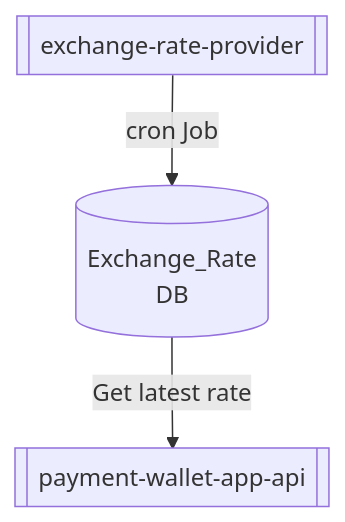
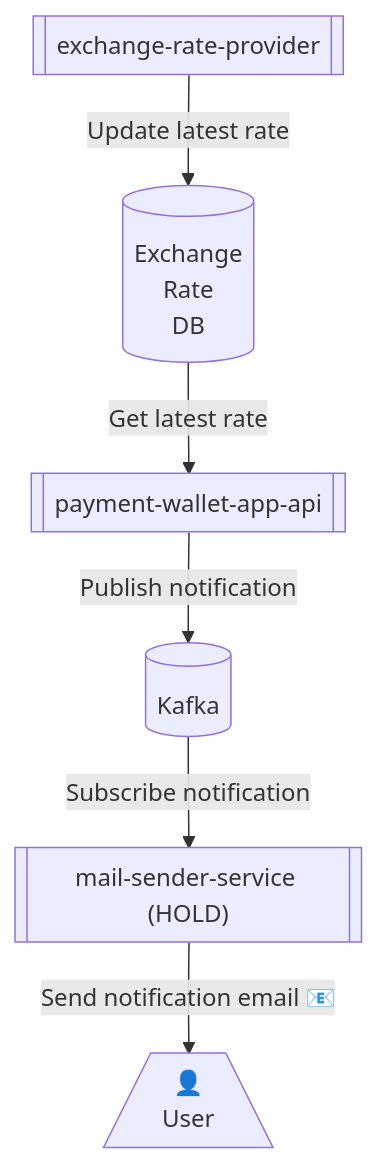
One commit to swarnava-code/payment-wallet-app changed the diagram in README.md. Above: the diagram before and after it, drawn with Mermaid.

Commit message:
added kafka concept in flow diagram

````diff
--- a/README.md
+++ b/README.md
@@ -14,9 +14,17 @@
 ```mermaid
 graph TD;
     exchange-rate-provider[["exchange-rate-provider"]]
     payment-wallet-app-api[["payment-wallet-app-api"]]
-    DB_Exchange_Rate[("Exchange_Rate\nDB")]
+    DB_Exchange_Rate[("Exchange\n Rate\n DB")]
+    
+    MailSenderService[["mail-sender-service (HOLD)"]]
+    Kafka[("Kafka")]
+    User[/"👤\n User"\]
 
-    exchange-rate-provider--cron Job-->DB_Exchange_Rate;
+    exchange-rate-provider--Update latest rate-->DB_Exchange_Rate;
     DB_Exchange_Rate--Get latest rate-->payment-wallet-app-api;
+
+    payment-wallet-app-api--Publish notification-->Kafka
+    Kafka--Subscribe notification-->MailSenderService
+    MailSenderService--Send notification email 📧-->User
 ```
````
